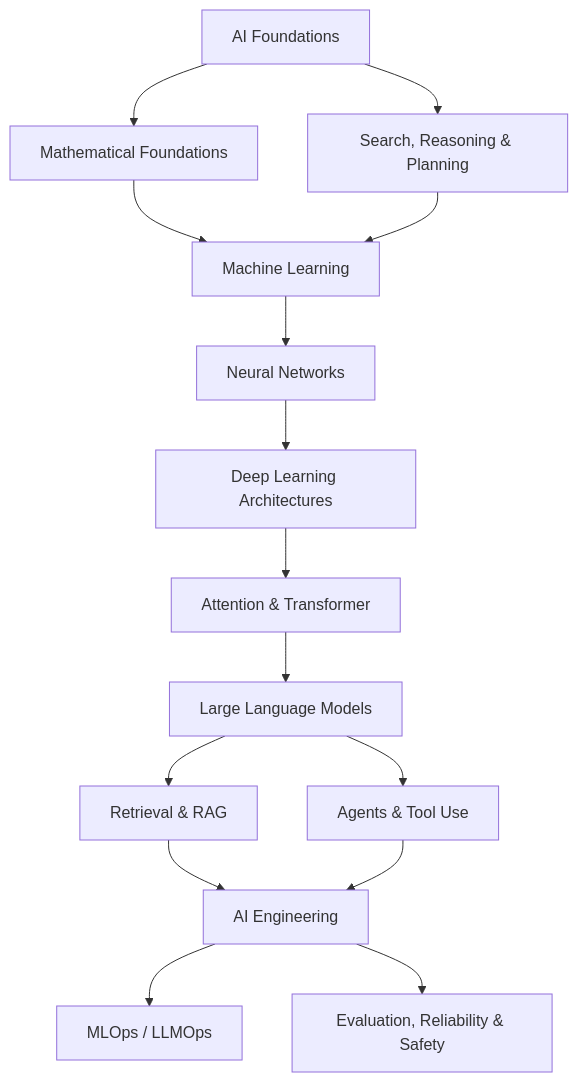
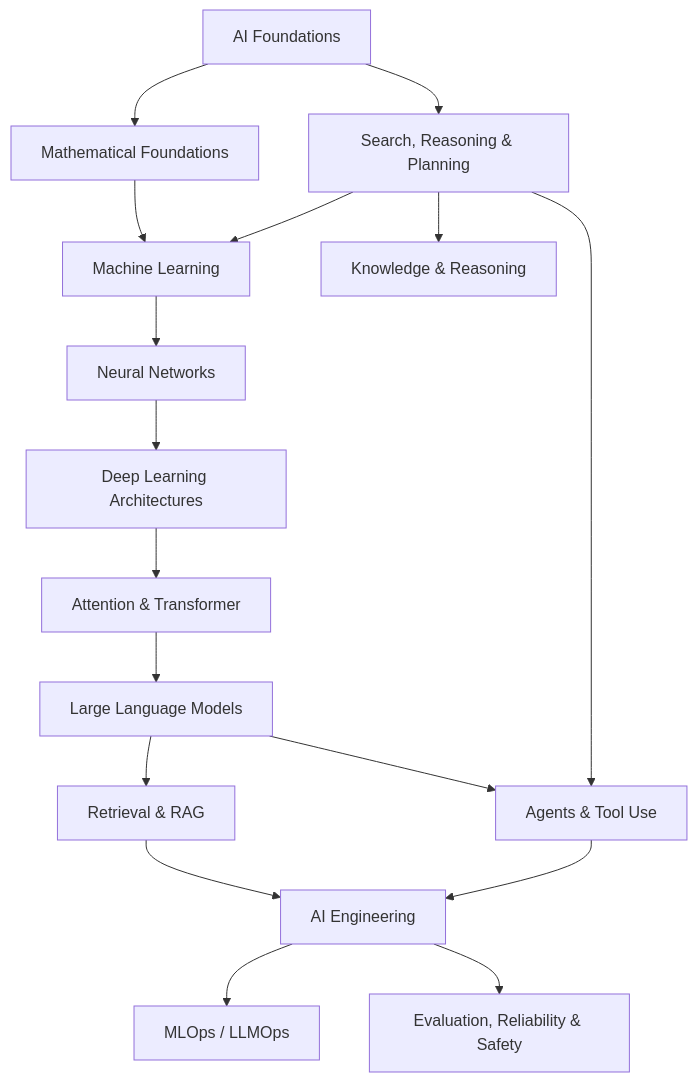
Before and after one commit to hunggtham/learning-docs: the diagram in computer_science/02_artificial_intelligence/README.md, drawn with Mermaid. The commit also changed other lines of this file and 8 other files, not shown here.

````diff
--- a/computer_science/02_artificial_intelligence/README.md
+++ b/computer_science/02_artificial_intelligence/README.md
@@ -13,17 +13,19 @@
 ```mermaid
 flowchart TD
     A[AI Foundations] --> M[Mathematical Foundations]
     A --> S[Search, Reasoning & Planning]
     M --> ML[Machine Learning]
     S --> ML
+    S --> KR[Knowledge & Reasoning]
     ML --> NN[Neural Networks]
     NN --> DL[Deep Learning Architectures]
     DL --> T[Attention & Transformer]
     T --> LLM[Large Language Models]
     LLM --> RAG[Retrieval & RAG]
     LLM --> AG[Agents & Tool Use]
+    S --> AG
     RAG --> SYS[AI Engineering]
     AG --> SYS
     SYS --> OPS[MLOps / LLMOps]
     SYS --> SAFE[Evaluation, Reliability & Safety]
 ```
````
